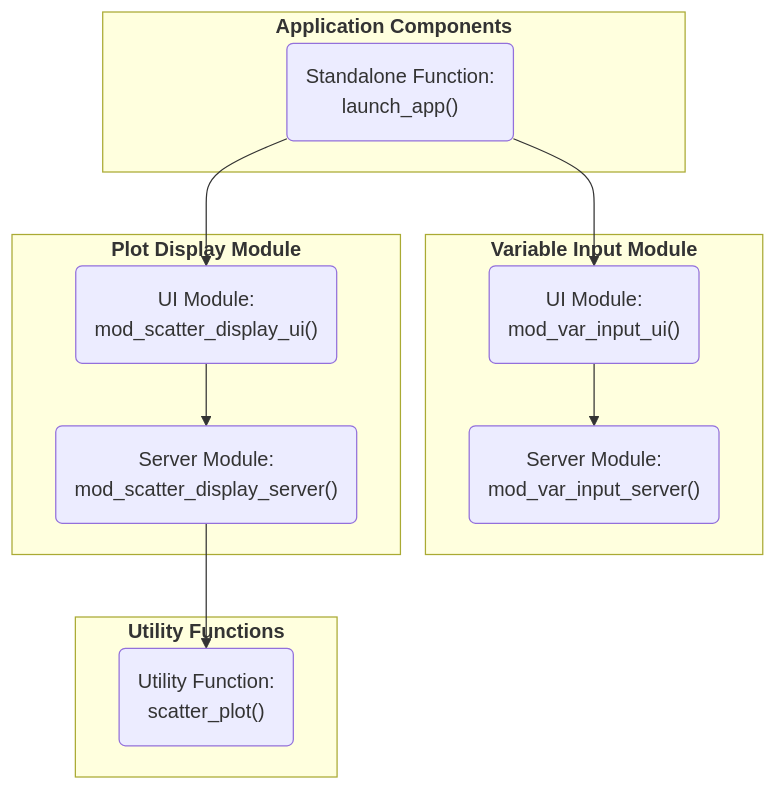
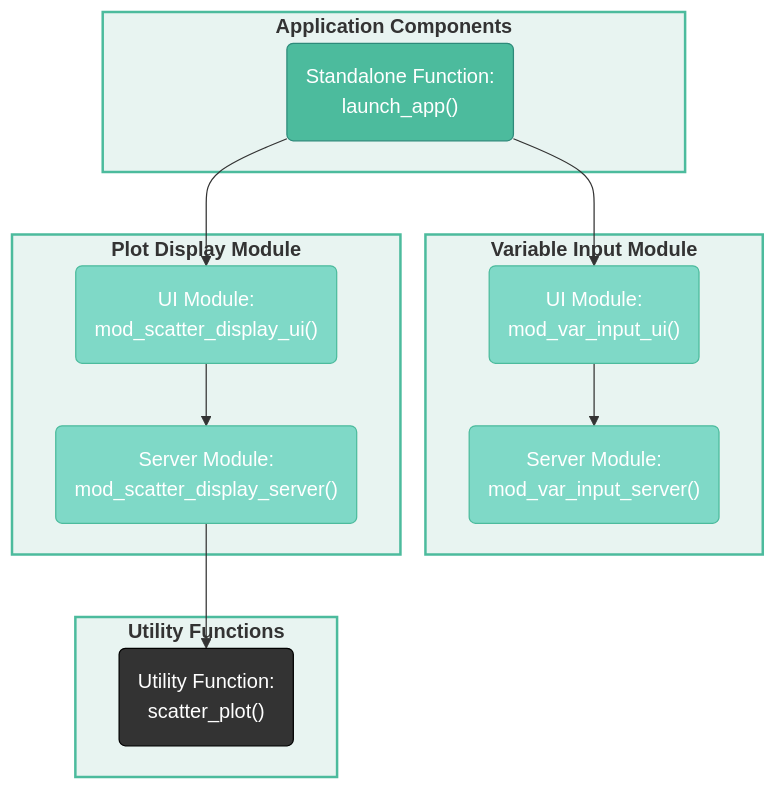
The fourth of 5 diagrams in document.qmd (mjfrigaard/shiny-app-pkgs), drawn with Mermaid before and after one commit. The commit also changed other lines of this file, not shown here.

First line of the commit message:
Style all 5 mermaid diagrams in document.qmd with teal palette

````diff
--- a/document.qmd
+++ b/document.qmd
@@ -724,23 +730,34 @@
 ```{mermaid}
 %%| fig-cap: ‘The `@family` tag’
 %%| fig-align: center
 %%{init: {‘theme’: ‘neutral’, ‘themeVariables’: { ‘fontFamily’: ‘monospace’, "fontSize":"13px"}}}%%
 flowchart TD
     subgraph AppCom["<strong>Application Components</strong>"]
         launch_app("Standalone Function:<br>launch_app()")
     end
     subgraph Vars["<strong>Variable Input Module</strong>"]
         mod_var_input_ui("UI Module:<br>mod_var_input_ui()")
         mod_var_input_server("Server Module:<br>mod_var_input_server()")
     end
     subgraph Graph["<strong>Plot Display Module</strong>"]
         mod_scatter_display_ui("UI Module:<br>mod_scatter_display_ui()")
         mod_scatter_display_server("Server Module:<br>mod_scatter_display_server()")
     end
     subgraph Utils["<strong>Utility Functions</strong>"]
         scatter_plot("Utility Function:<br>scatter_plot()")
     end
 
     launch_app --> mod_var_input_ui --> mod_var_input_server
     launch_app --> mod_scatter_display_ui --> mod_scatter_display_server --> scatter_plot
+
+    style AppCom fill:#e8f4f1,stroke:#4CBB9D,stroke-width:2px
+    style Vars fill:#e8f4f1,stroke:#4CBB9D,stroke-width:2px
+    style Graph fill:#e8f4f1,stroke:#4CBB9D,stroke-width:2px
+    style Utils fill:#e8f4f1,stroke:#4CBB9D,stroke-width:2px
+    style launch_app fill:#4CBB9D,color:#fff,stroke:#2d8a7a,stroke-width:1px
+    style mod_var_input_ui fill:#7fd9c7,color:#fff,stroke:#4CBB9D,stroke-width:1px
+    style mod_var_input_server fill:#7fd9c7,color:#fff,stroke:#4CBB9D,stroke-width:1px
+    style mod_scatter_display_ui fill:#7fd9c7,color:#fff,stroke:#4CBB9D,stroke-width:1px
+    style mod_scatter_display_server fill:#7fd9c7,color:#fff,stroke:#4CBB9D,stroke-width:1px
+    style scatter_plot fill:#333,color:#fff,stroke:#000,stroke-width:1px
 ```
````
